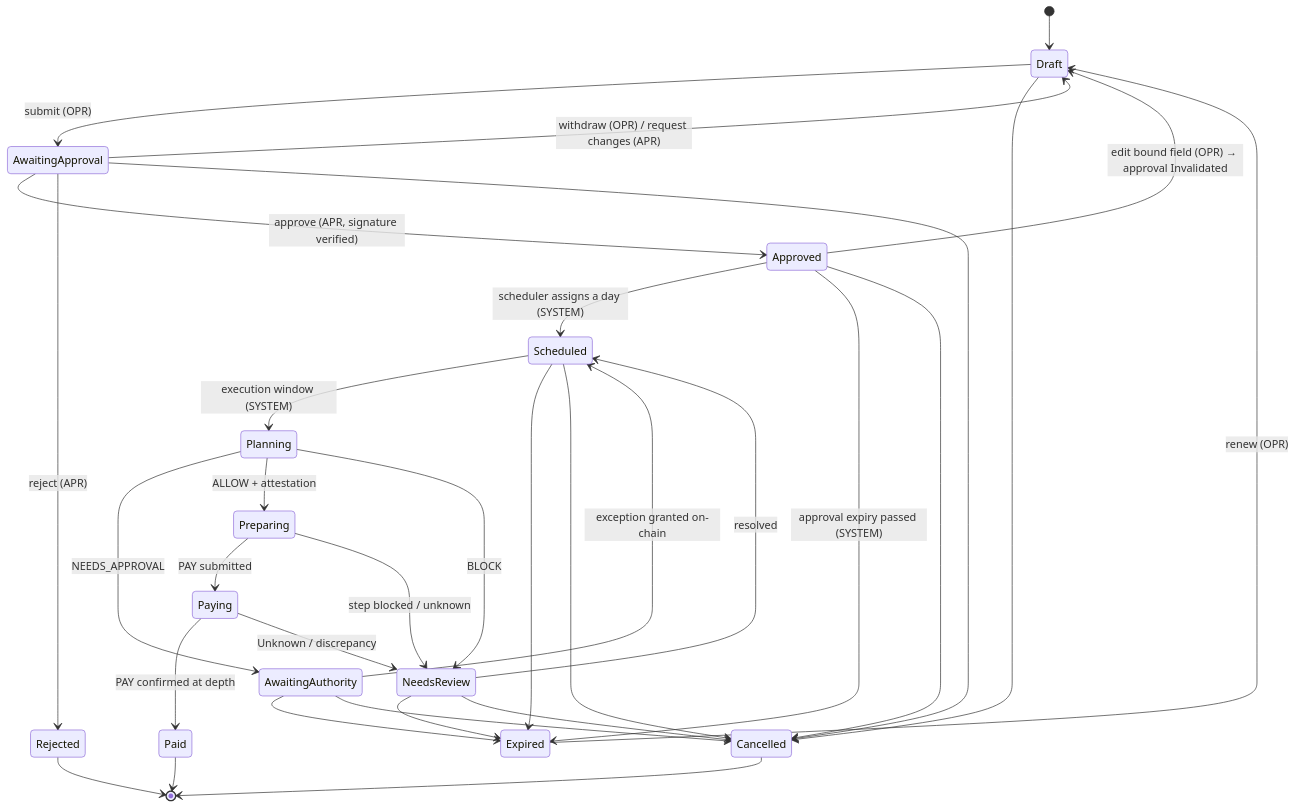
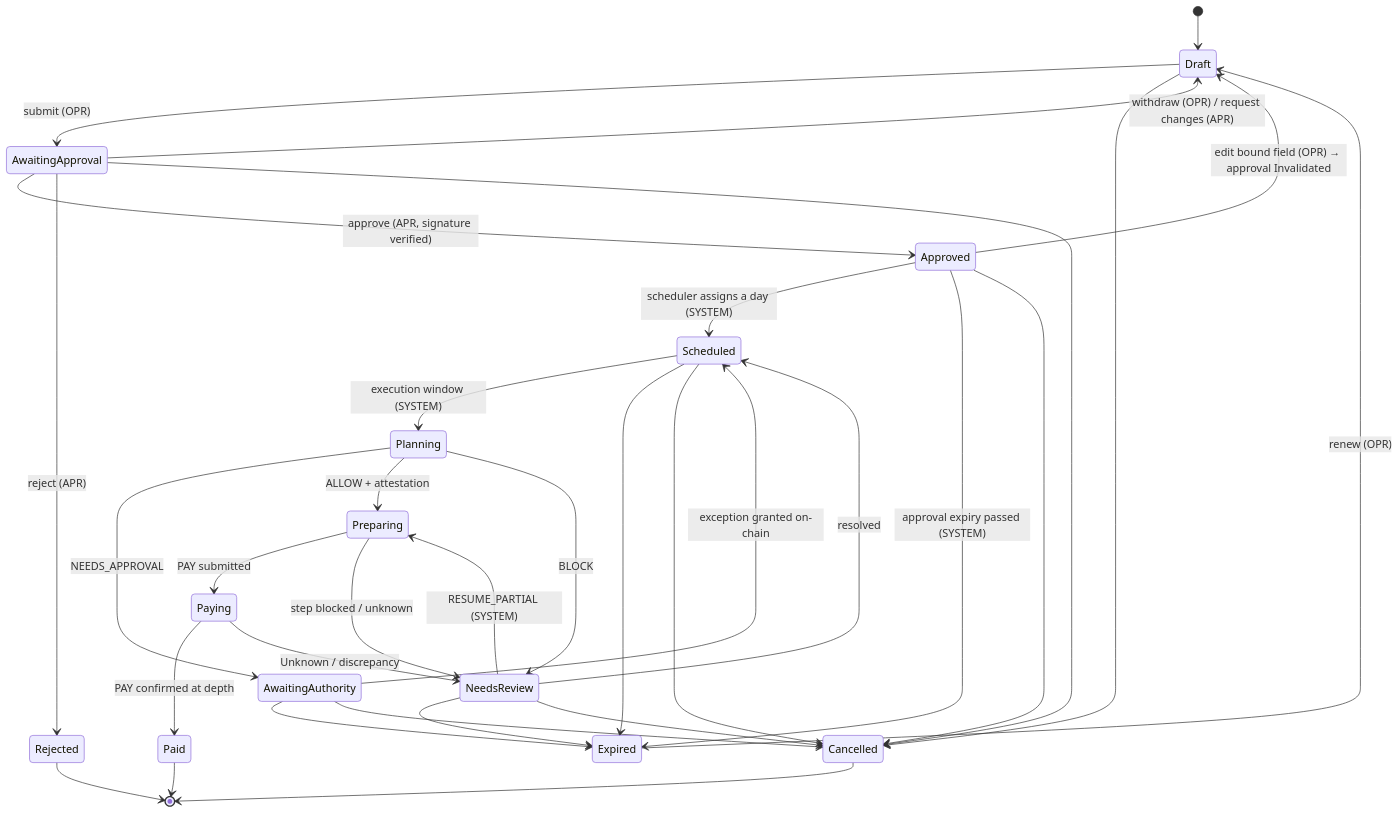
The first of 2 diagrams in docs/modules/invoices/README.md (Nostidus4/TreasuryPilot), drawn with Mermaid before and after one commit. The commit also changed 8 other files, not shown here.

Commit message:
feat(recovery): guard resume/cancel, add internal tasks and RESUME_PARTIAL rule (#165)

````diff
--- a/docs/modules/invoices/README.md
+++ b/docs/modules/invoices/README.md
@@ -113,34 +113,35 @@
 ```mermaid
 stateDiagram-v2
   [*] --> Draft
   Draft --> AwaitingApproval: submit (OPR)
   AwaitingApproval --> Draft: withdraw (OPR) / request changes (APR)
   AwaitingApproval --> Approved: approve (APR, signature verified)
   AwaitingApproval --> Rejected: reject (APR)
   Approved --> Draft: edit bound field (OPR) → approval Invalidated
   Approved --> Scheduled: scheduler assigns a day (SYSTEM)
   Scheduled --> Planning: execution window (SYSTEM)
   Planning --> AwaitingAuthority: NEEDS_APPROVAL
   AwaitingAuthority --> Scheduled: exception granted on-chain
   Planning --> Preparing: ALLOW + attestation
   Planning --> NeedsReview: BLOCK
   Preparing --> Paying: PAY submitted
   Preparing --> NeedsReview: step blocked / unknown
   Paying --> Paid: PAY confirmed at depth
   Paying --> NeedsReview: Unknown / discrepancy
   NeedsReview --> Scheduled: resolved
+  NeedsReview --> Preparing: RESUME_PARTIAL (SYSTEM)
   Approved --> Expired: approval expiry passed (SYSTEM)
   Scheduled --> Expired
   AwaitingAuthority --> Expired
   NeedsReview --> Expired
   Expired --> Draft: renew (OPR)
   Draft --> Cancelled
   AwaitingApproval --> Cancelled
   Approved --> Cancelled
   Scheduled --> Cancelled
   AwaitingAuthority --> Cancelled
   NeedsReview --> Cancelled
   Paid --> [*]
   Rejected --> [*]
   Cancelled --> [*]
 ```
````
